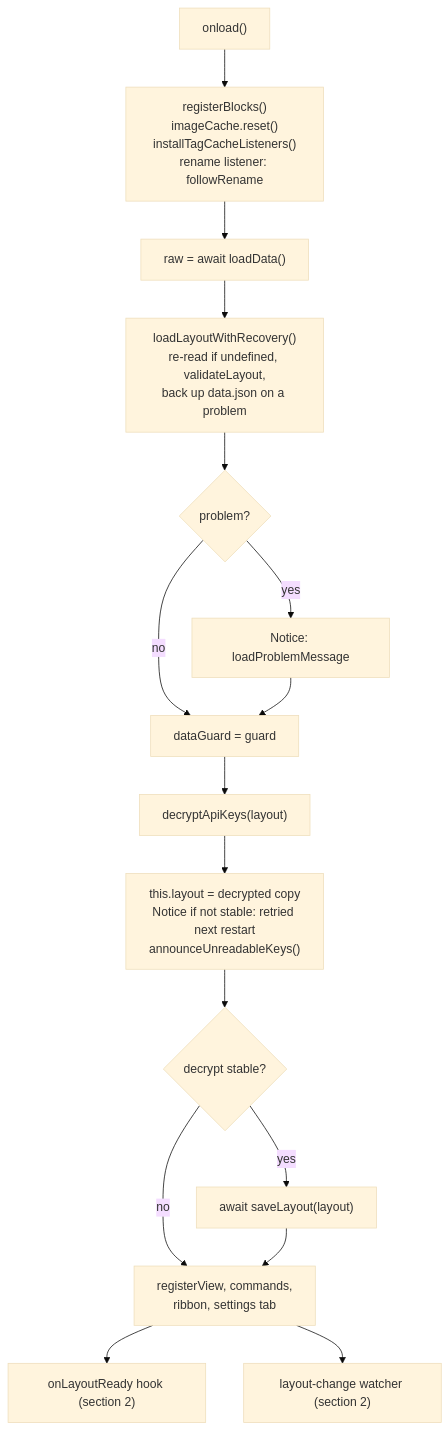
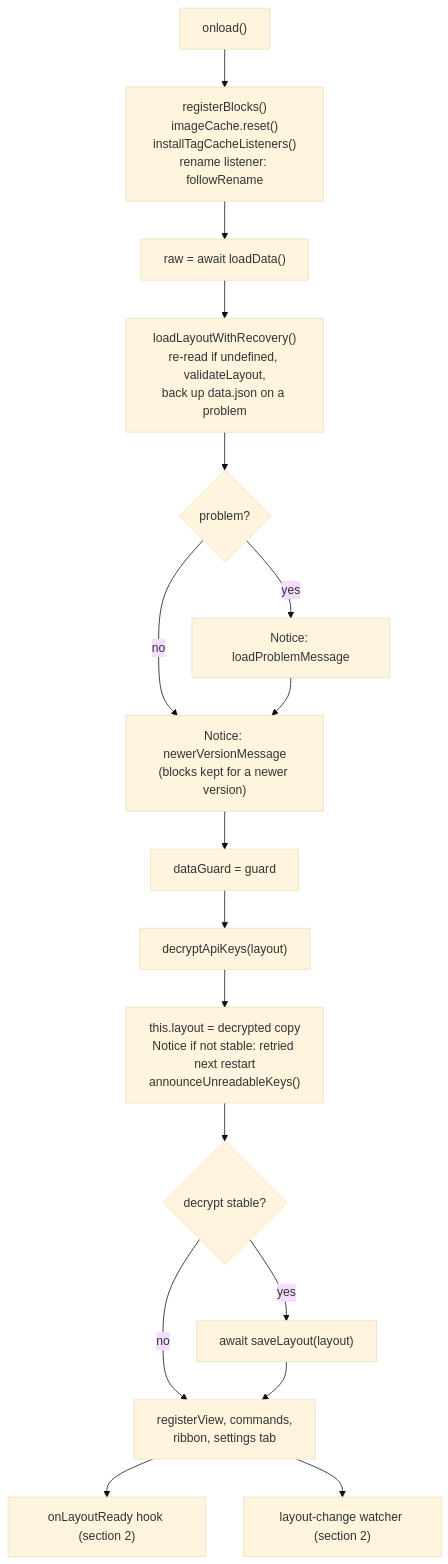
Before and after one commit to acaprino/obsidian-plugin-homepage: the second of 15 diagrams in docs/flows.md, drawn with Mermaid (base theme). The commit also changed other lines of this file and 11 other files, not shown here.

````diff
--- a/docs/flows.md
+++ b/docs/flows.md
@@ -103,18 +106,19 @@
 ```mermaid
 flowchart TD
   A["onload()"] --> B["registerBlocks()<br/>imageCache.reset()<br/>installTagCacheListeners()<br/>rename listener: followRename"]
   B --> C["raw = await loadData()"]
   C --> D["loadLayoutWithRecovery()<br/>re-read if undefined, validateLayout,<br/>back up data.json on a problem"]
   D --> E{"problem?"}
   E -- "yes" --> F["Notice: loadProblemMessage"]
-  E -- "no" --> G
-  F --> G["dataGuard = guard"]
+  E -- "no" --> NV
+  F --> NV["Notice: newerVersionMessage<br/>(blocks kept for a newer version)"]
+  NV --> G["dataGuard = guard"]
   G --> H["decryptApiKeys(layout)"]
   H --> I["this.layout = decrypted copy<br/>Notice if not stable: retried next restart<br/>announceUnreadableKeys()"]
   I --> J{"decrypt stable?"}
   J -- "yes" --> K["await saveLayout(layout)"]
   J -- "no" --> M
   K --> M["registerView, commands,<br/>ribbon, settings tab"]
   M --> N["onLayoutReady hook (section 2)"]
   M --> O["layout-change watcher (section 2)"]
 ```
````
